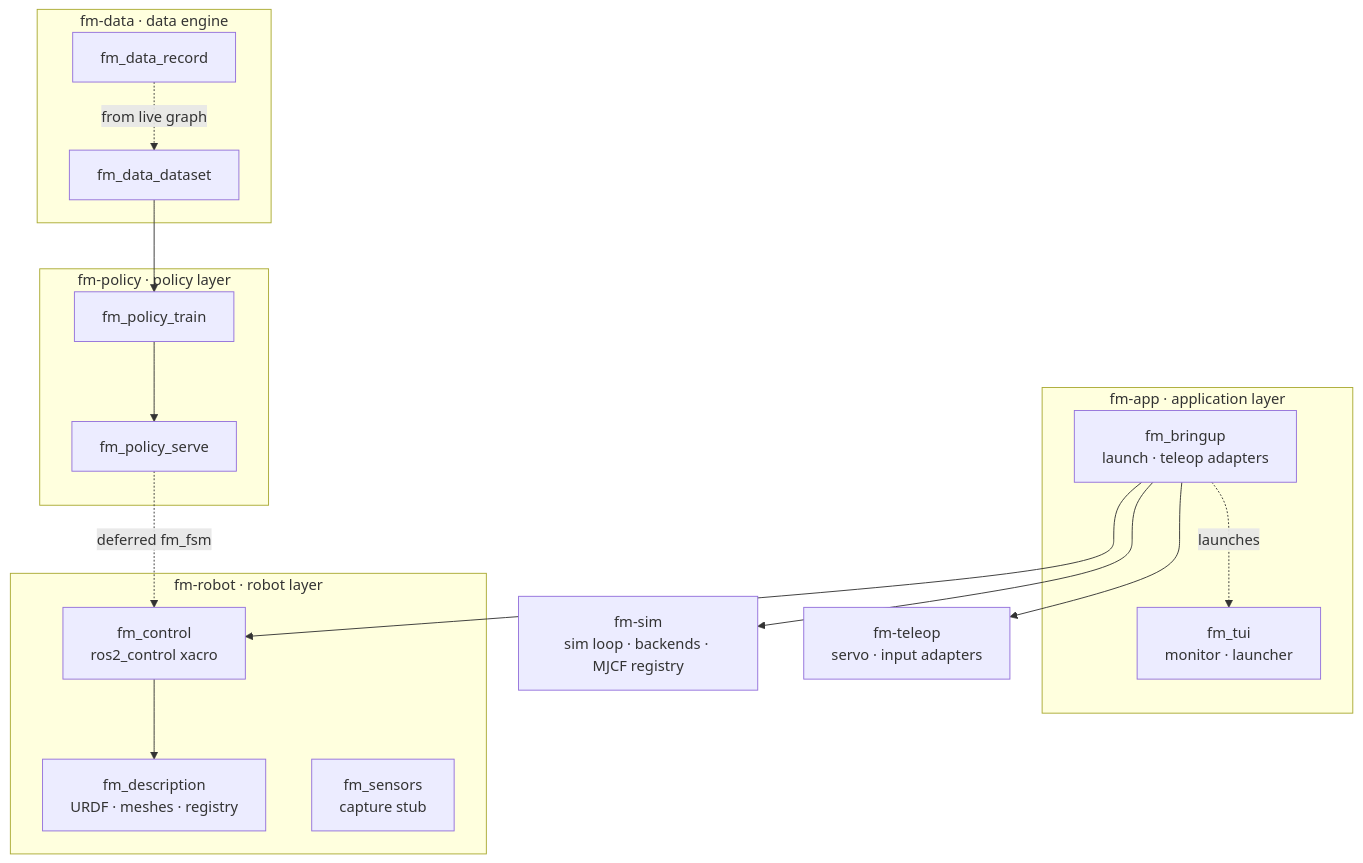
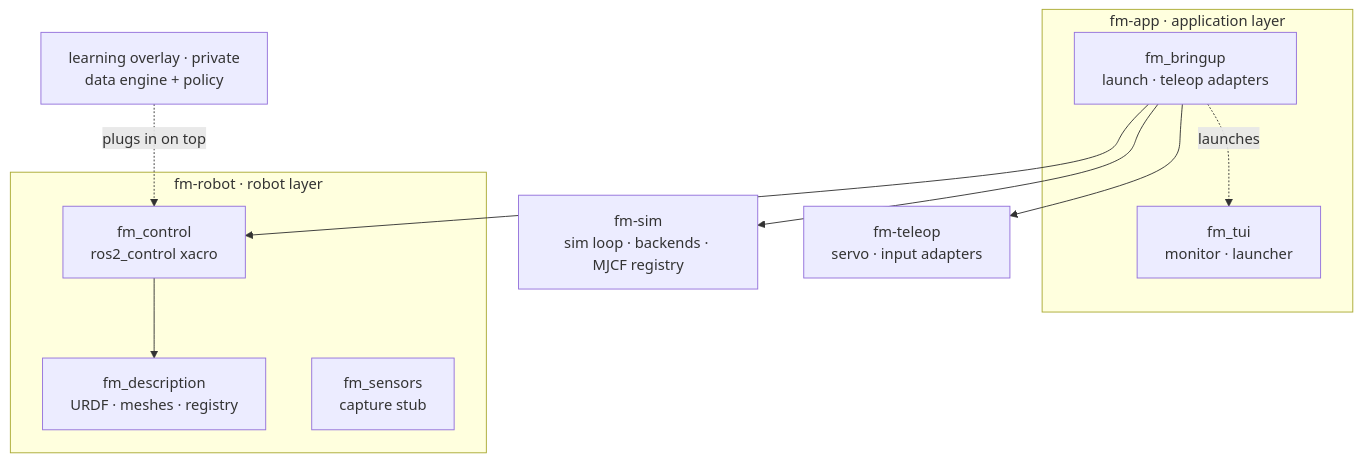
One commit to first-motive/fm-ros2 changed the second of 4 diagrams in docs/ARCHITECTURE.md. Above: the diagram before and after it, drawn with Mermaid. The commit also changed other lines of this file and 3 other files, not shown here.

````diff
--- a/docs/ARCHITECTURE.md
+++ b/docs/ARCHITECTURE.md
@@ -93,35 +94,25 @@
 ```mermaid
 flowchart TD
     subgraph app [fm-app · application layer]
         bringup[fm_bringup<br/>launch · teleop adapters]
         tui[fm_tui<br/>monitor · launcher]
     end
 
     subgraph robot [fm-robot · robot layer]
         control[fm_control<br/>ros2_control xacro]
         desc[fm_description<br/>URDF · meshes · registry]
         sensors[fm_sensors<br/>capture stub]
     end
 
     sim[fm-sim<br/>sim loop · backends · MJCF registry]
     teleop[fm-teleop<br/>servo · input adapters]
 
-    subgraph data [fm-data · data engine]
-        record[fm_data_record]
-        dataset[fm_data_dataset]
-    end
-
-    subgraph policy [fm-policy · policy layer]
-        train[fm_policy_train]
-        serve[fm_policy_serve]
-    end
+    learning[learning overlay · private<br/>data engine + policy]
 
     bringup --> control
     bringup --> sim
     bringup --> teleop
     control --> desc
     bringup -.launches.-> tui
-    record -.from live graph.-> dataset
-    dataset --> train --> serve
-    serve -.deferred fm_fsm.-> control
+    learning -.plugs in on top.-> control
 ```
````
